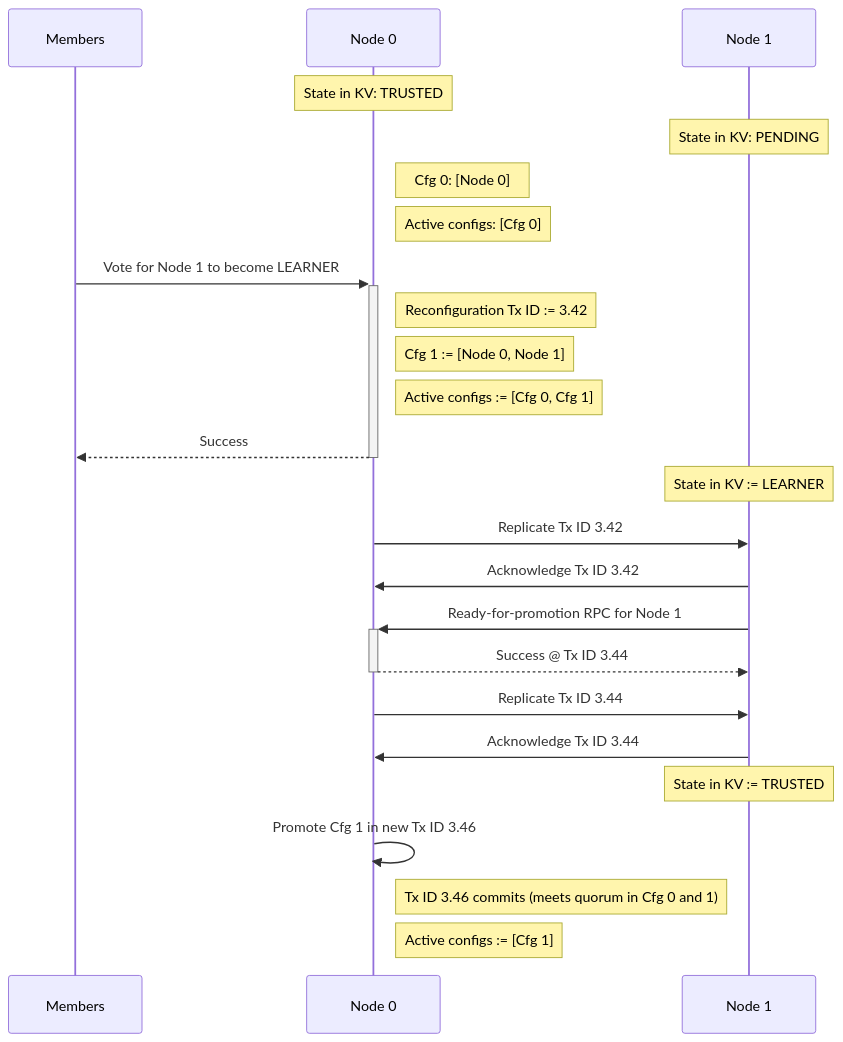
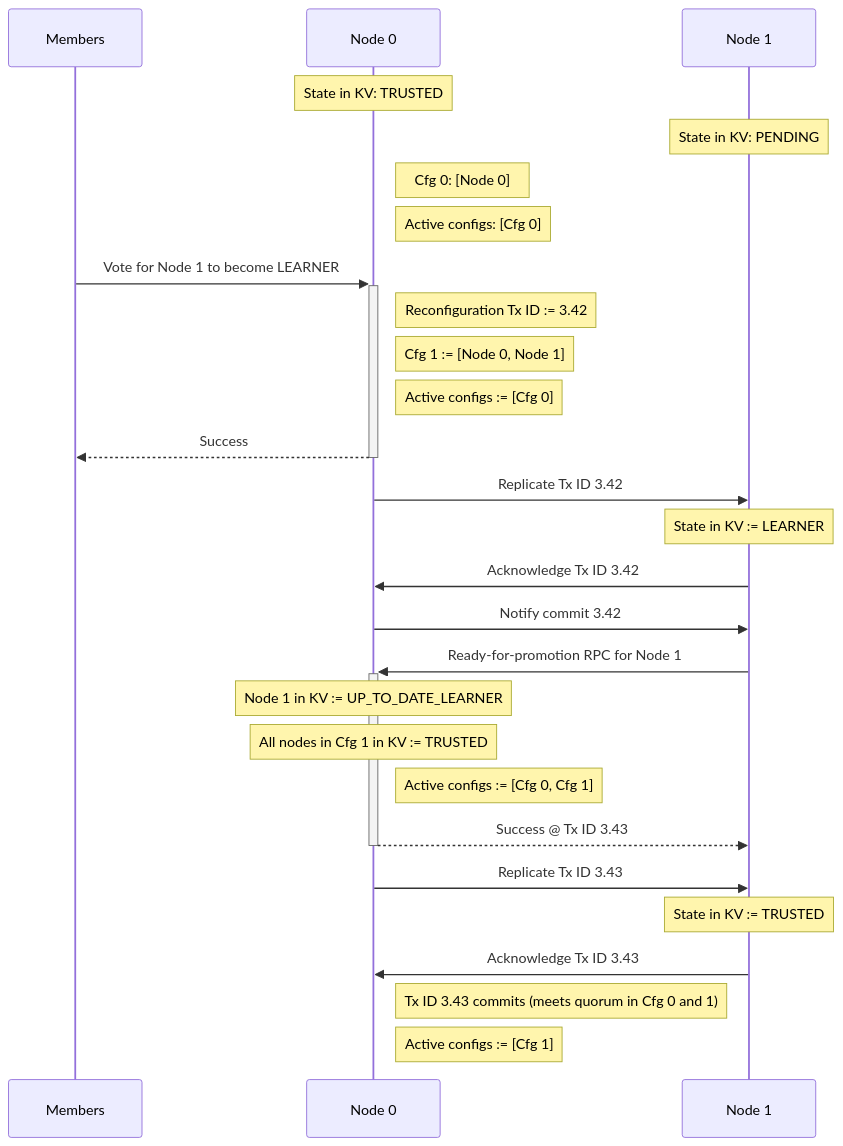
One commit to microsoft/CCF changed the third of 6 diagrams in doc/overview/consensus.rst. Above: the diagram before and after it, drawn with Mermaid.

```diff
--- a/doc/overview/consensus.rst
+++ b/doc/overview/consensus.rst
@@ -141,37 +141,40 @@
 .. mermaid::
 
     sequenceDiagram
         participant Members
         participant Node 0
         participant Node 1
 
         Note over Node 0: State in KV: TRUSTED
         Note over Node 1: State in KV: PENDING
 
         Note right of Node 0: Cfg 0: [Node 0]
         Note right of Node 0: Active configs: [Cfg 0]
 
         Members->>+Node 0: Vote for Node 1 to become LEARNER
 
         Note right of Node 0: Reconfiguration Tx ID := 3.42
         Note right of Node 0: Cfg 1 := [Node 0, Node 1]
-        Note right of Node 0: Active configs := [Cfg 0, Cfg 1]
+        Note right of Node 0: Active configs := [Cfg 0]
         Node 0-->>-Members: Success
 
-        Note over Node 1: State in KV := LEARNER
 
         Node 0->>Node 1: Replicate Tx ID 3.42
+        Note over Node 1: State in KV := LEARNER
         Node 1->>Node 0: Acknowledge Tx ID 3.42
+
+        Node 0->>Node 1: Notify commit 3.42
         
         Node 1->>+Node 0: Ready-for-promotion RPC for Node 1
-        Node 0-->>-Node 1: Success @ Tx ID 3.44
+        Note over Node 0: Node 1 in KV := UP_TO_DATE_LEARNER
+        Note over Node 0: All nodes in Cfg 1 in KV := TRUSTED
+        Note right of Node 0: Active configs := [Cfg 0, Cfg 1]
+        Node 0-->>-Node 1: Success @ Tx ID 3.43
 
-        Node 0->>Node 1: Replicate Tx ID 3.44
-        Node 1->>Node 0: Acknowledge Tx ID 3.44
+        Node 0->>Node 1: Replicate Tx ID 3.43
+        Note over Node 1: State in KV := TRUSTED
+        Node 1->>Node 0: Acknowledge Tx ID 3.43
 
-        Note over Node 1: State in KV := TRUSTED
 
-        Node 0->>Node 0: Promote Cfg 1 in new Tx ID 3.46
-
-        Note right of Node 0: Tx ID 3.46 commits (meets quorum in Cfg 0 and 1)
+        Note right of Node 0: Tx ID 3.43 commits (meets quorum in Cfg 0 and 1)
         Note right of Node 0: Active configs := [Cfg 1]
```
